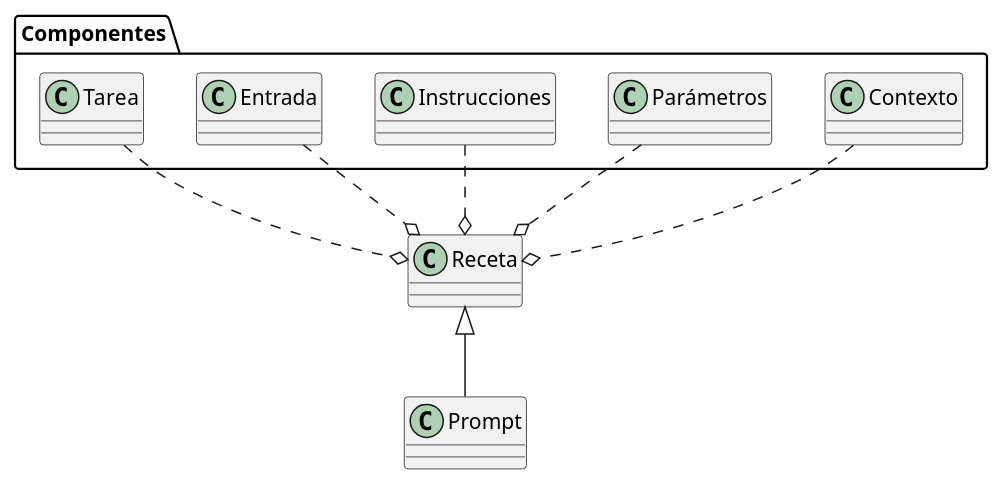
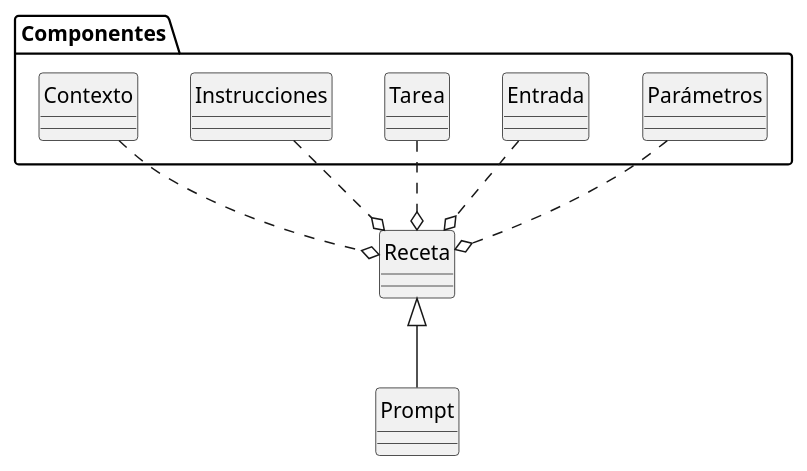
Before and after one commit to mmasias/ai-prompts: the diagram in modelosUML/promptRecetaComponentes.puml, drawn with PlantUML. The commit also changed 2 other files, not shown here.

```diff
--- a/modelosUML/promptRecetaComponentes.puml
+++ b/modelosUML/promptRecetaComponentes.puml
@@ -1,15 +1,19 @@
+hide circle
+hide stereotype
+' hide empty members
+
 Prompt -u-|> Receta
 
 package Componentes {
     class Tarea
     class Entrada
     class Instrucciones
     class Parámetros
     class Entrada
 
+    Receta o.u. Contexto
+    Receta o.u. Instrucciones
     Receta o.u. Tarea
     Receta o.u. Entrada
-    Receta o.u. Instrucciones
     Receta o.u. Parámetros
-    Receta o.u. Contexto
 }
```
